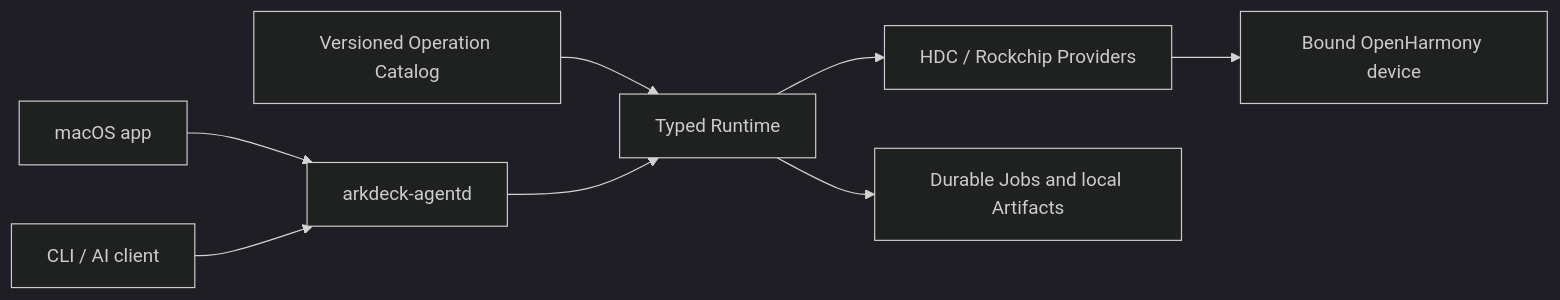
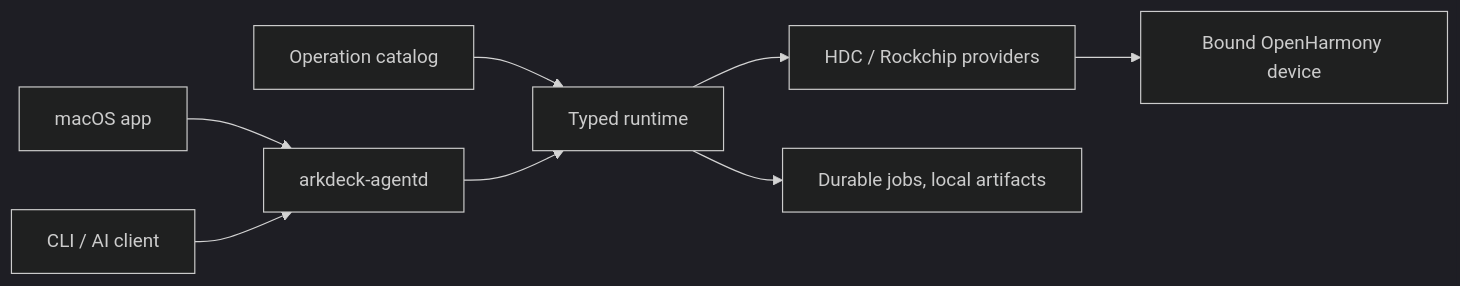
One commit to ArkDeck/ArkDeck changed the diagram in README.md. Above: the diagram before and after it, drawn with Mermaid (dark theme). The commit also changed other lines of this file and 2 other files, not shown here.

````diff
--- a/README.md
+++ b/README.md
@@ -50,10 +69,10 @@
 ```mermaid
 flowchart LR
     APP["macOS app"] --> DAEMON["arkdeck-agentd"]
     CLIENT["CLI / AI client"] --> DAEMON
-    CATALOG["Versioned Operation Catalog"] --> RUNTIME["Typed Runtime"]
+    CATALOG["Operation catalog"] --> RUNTIME["Typed runtime"]
     DAEMON --> RUNTIME
-    RUNTIME --> PROVIDERS["HDC / Rockchip Providers"]
+    RUNTIME --> PROVIDERS["HDC / Rockchip providers"]
     PROVIDERS --> DEVICE["Bound OpenHarmony device"]
-    RUNTIME --> STORE["Durable Jobs and local Artifacts"]
+    RUNTIME --> STORE["Durable jobs, local artifacts"]
 ```
````
